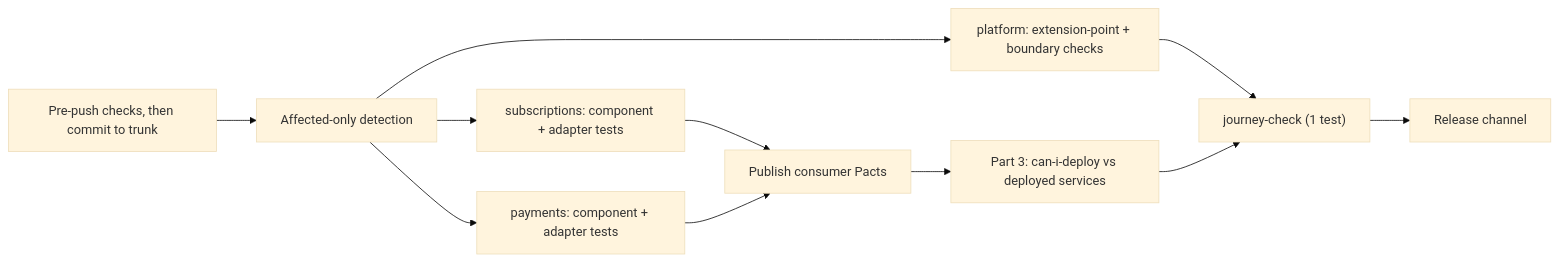
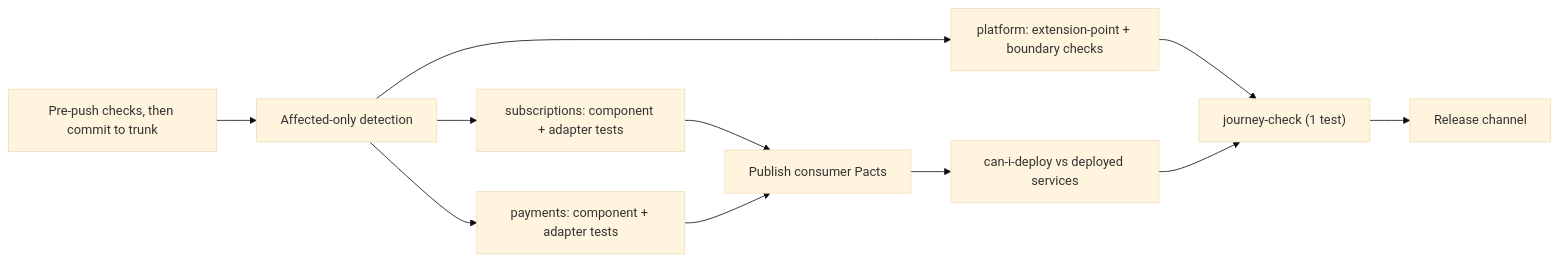
One commit to all-boundaries/website changed the third of 3 diagrams in src/content/docs/patterns/across-teams/monorepo.md. Above: the diagram before and after it, drawn with Mermaid (base theme). The commit also changed other lines of this file and 6 other files, not shown here.

````diff
--- a/src/content/docs/patterns/across-teams/monorepo.md
+++ b/src/content/docs/patterns/across-teams/monorepo.md
@@ -139,11 +139,11 @@
 ```mermaid
 flowchart LR
     Change["Pre-push checks, then commit to trunk"] --> Aff["Affected-only detection"]
     Aff --> PkgS["subscriptions: component + adapter tests"]
     Aff --> PkgP["payments: component + adapter tests"]
     Aff --> Plat["platform: extension-point + boundary checks"]
     PkgS & PkgP --> Pub["Publish consumer Pacts"]
-    Pub --> CID["Part 3: can-i-deploy vs deployed services"]
+    Pub --> CID["can-i-deploy vs deployed services"]
     Plat --> Journey["journey-check (1 test)"]
     CID --> Journey --> Rel["Release channel"]
 ```
````
